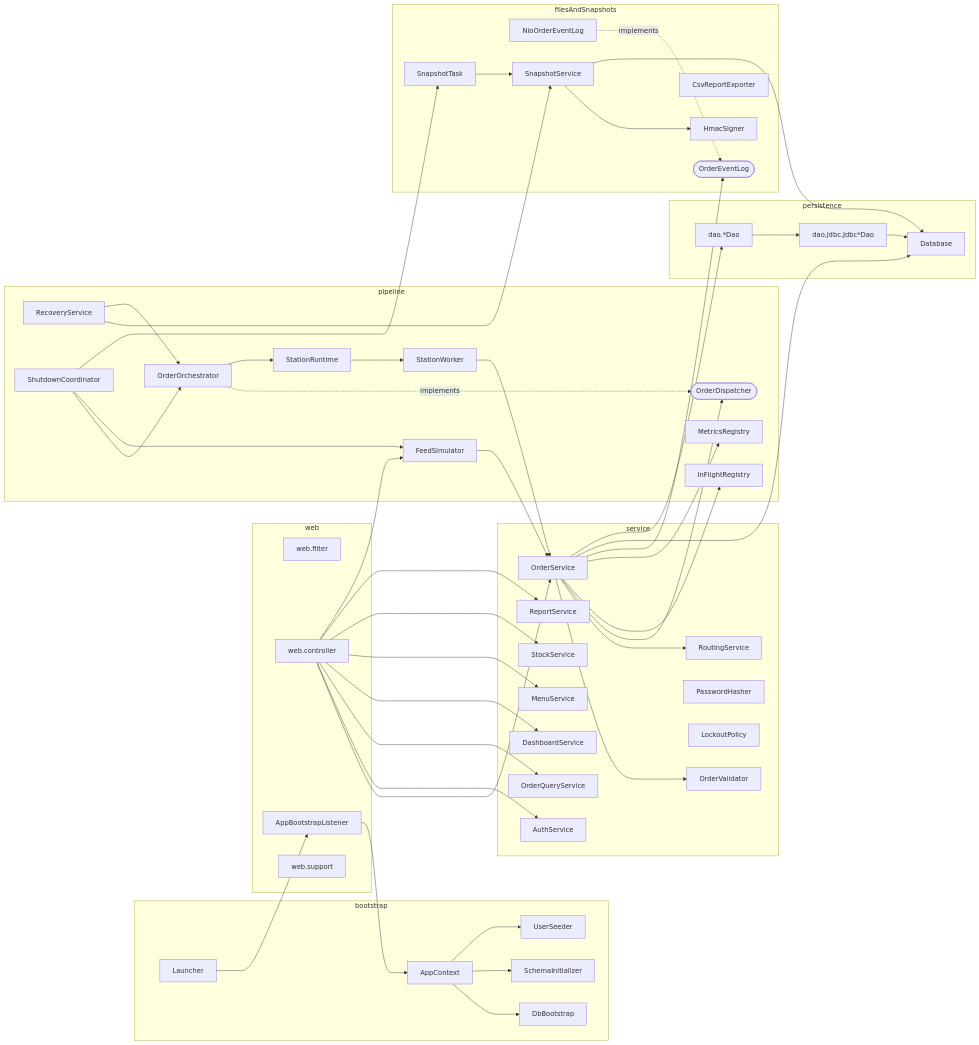
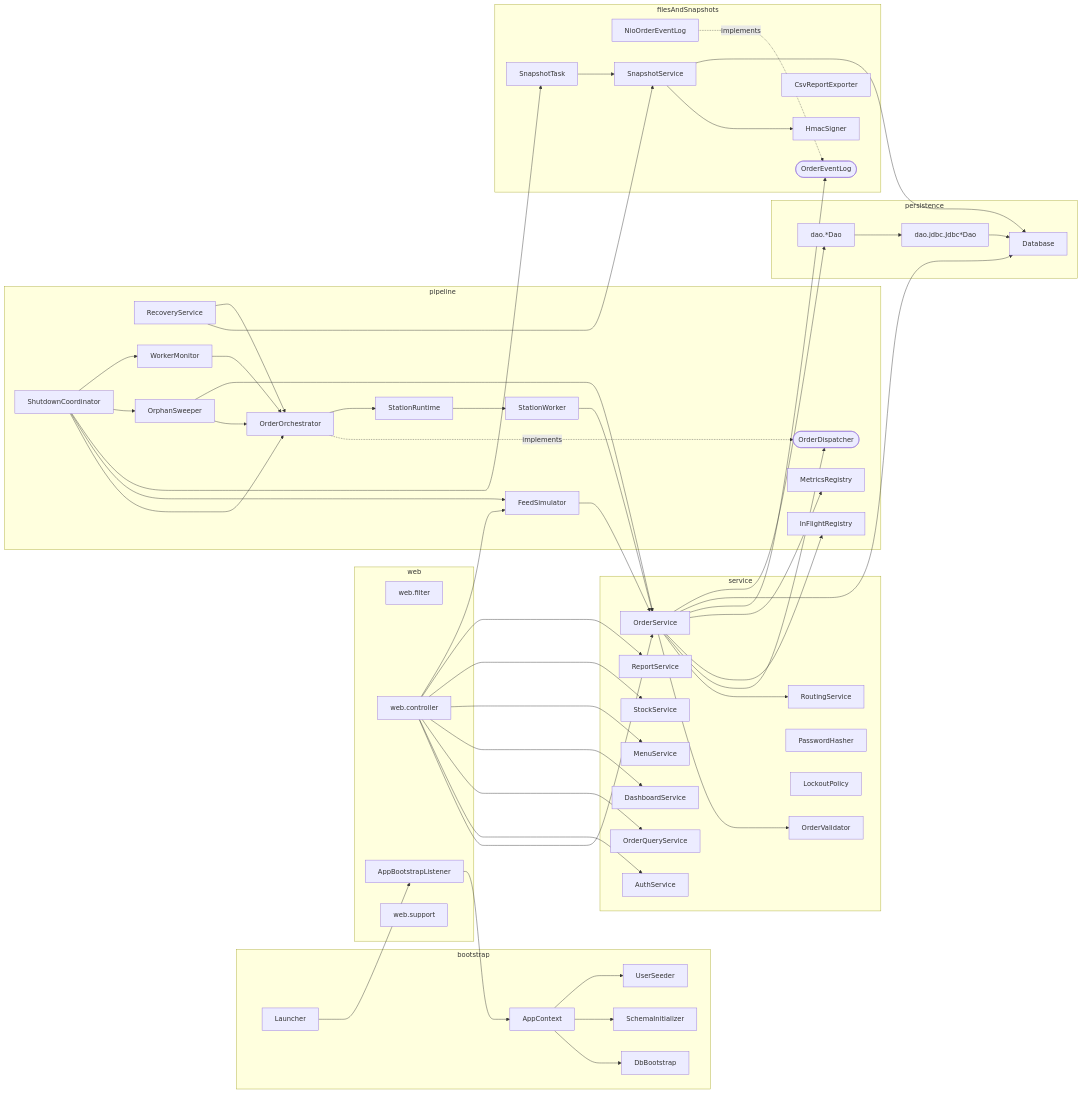
Before and after one commit to AlwinJose-9811/CloudKitchenOrchestrationSystem: the second of 14 diagrams in docs/SDD.md, drawn with Mermaid. The commit also changed other lines of this file and 8 other files, not shown here.

First line of the commit message:
docs: finalize cloud kitchen architecture and requirements

````diff
--- a/docs/SDD.md
+++ b/docs/SDD.md
@@ -151,6 +158,8 @@
         StationWorker
         FeedSimulator
         RecoveryService
+        OrphanSweeper
+        WorkerMonitor
         ShutdownCoordinator
         InFlightRegistry
         MetricsRegistry
@@ -205,4 +214,9 @@
     ShutdownCoordinator --> OrderOrchestrator
     ShutdownCoordinator --> FeedSimulator
     ShutdownCoordinator --> SnapshotTask
+    ShutdownCoordinator --> OrphanSweeper
+    ShutdownCoordinator --> WorkerMonitor
+    WorkerMonitor --> OrderOrchestrator
+    OrphanSweeper --> OrderOrchestrator
+    OrphanSweeper --> OrderService
 ```
````
